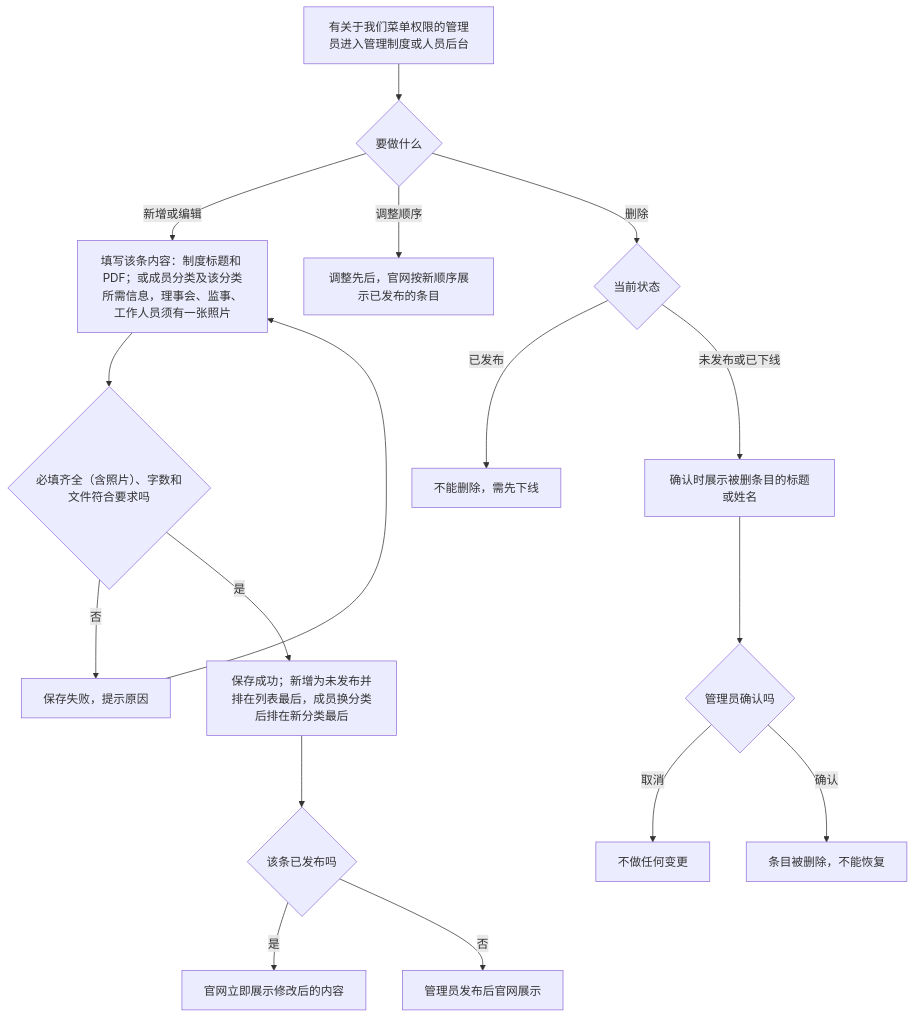
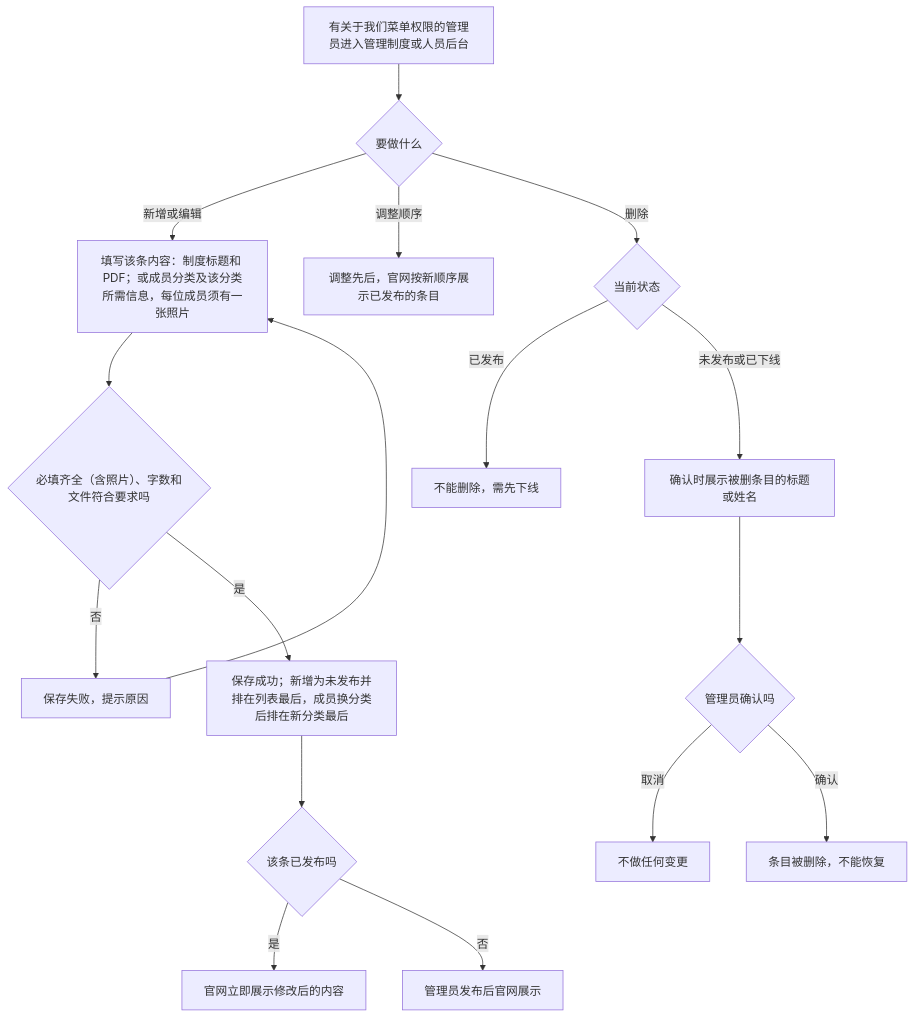
Before and after one commit to wxblockchain/luna: the third of 5 diagrams in prd/about-us/luna-about-us-prd-02-flows.md, drawn with Mermaid. The commit also changed other lines of this file and 2 other files, not shown here.

First line of the commit message:
docs: 关于我们 PRD 更新为 11-02 版（图片上限 20MB，志愿者上传照片）

````diff
--- a/prd/about-us/luna-about-us-prd-02-flows.md
+++ b/prd/about-us/luna-about-us-prd-02-flows.md
@@ -66,19 +66,19 @@
 ```mermaid
 flowchart TD
     A[有关于我们菜单权限的管理员进入管理制度或人员后台] --> B{要做什么}
-    B -->|新增或编辑| C[填写该条内容：制度标题和 PDF；或成员分类及该分类所需信息，理事会、监事、工作人员须有一张照片]
+    B -->|新增或编辑| C[填写该条内容：制度标题和 PDF；或成员分类及该分类所需信息，每位成员须有一张照片]
     C --> D{必填齐全（含照片）、字数和文件符合要求吗}
     D -->|否| E[保存失败，提示原因]
     E --> C
     D -->|是| F[保存成功；新增为未发布并排在列表最后，成员换分类后排在新分类最后]
     F --> G{该条已发布吗}
     G -->|是| H[官网立即展示修改后的内容]
     G -->|否| I[管理员发布后官网展示]
     B -->|调整顺序| J[调整先后，官网按新顺序展示已发布的条目]
     B -->|删除| K{当前状态}
     K -->|已发布| L[不能删除，需先下线]
     K -->|未发布或已下线| M[确认时展示被删条目的标题或姓名]
     M --> N{管理员确认吗}
     N -->|取消| O[不做任何变更]
     N -->|确认| P[条目被删除，不能恢复]
 ```
````
